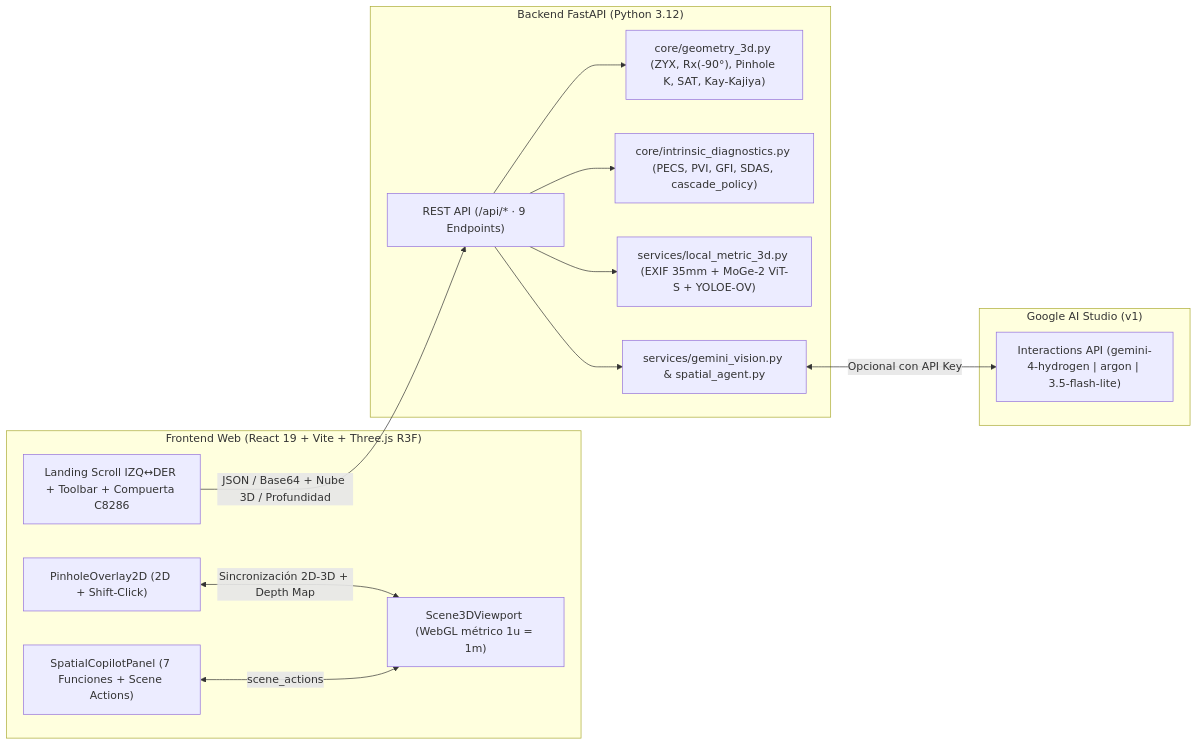
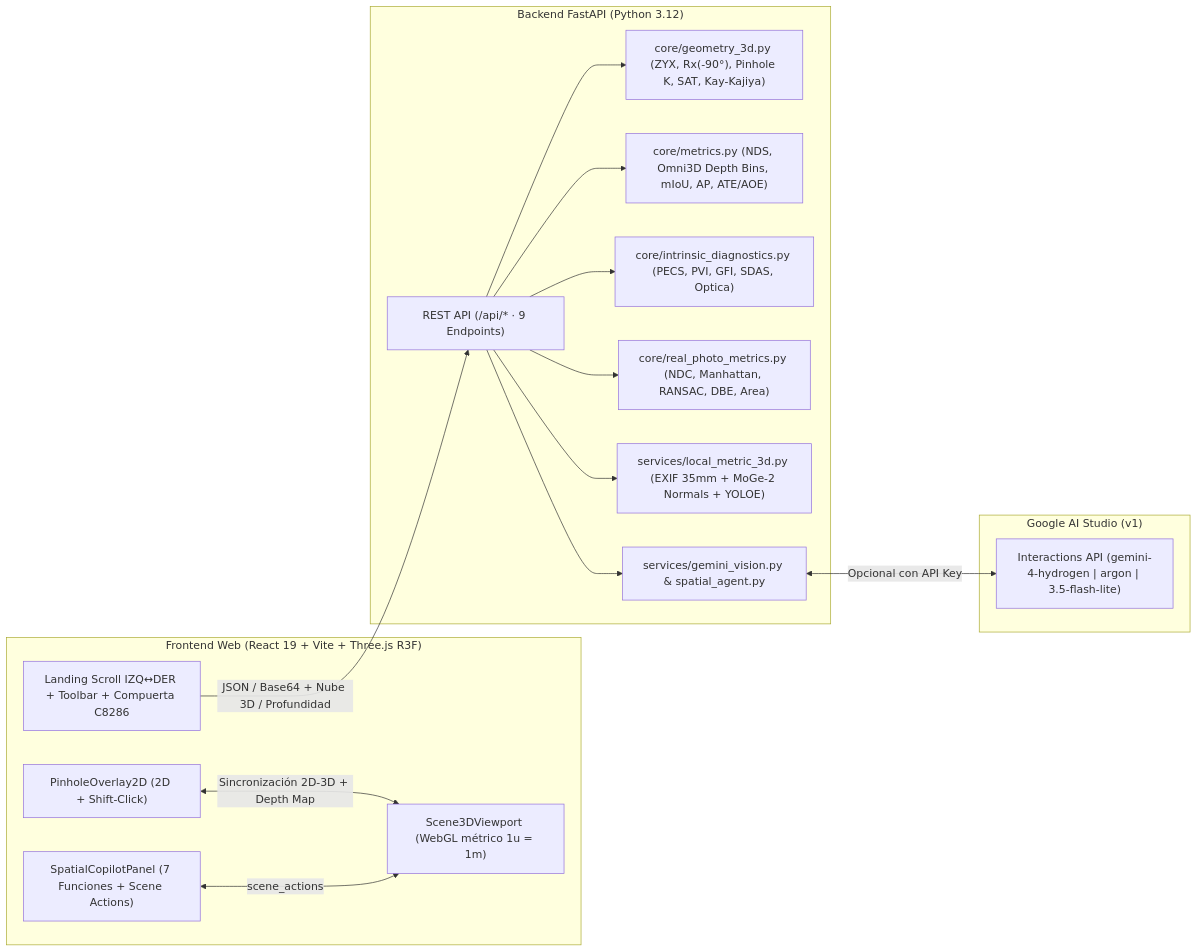
One commit to dariohuerta84/MyLeenTo3 changed the diagram in README.md. Above: the diagram before and after it, drawn with Mermaid. The commit also changed other lines of this file and 21 other files, not shown here.

Commit message:
feat: formal Source Serif 4 typography, bidirectional scroll choreography, spaced particles & real-photo 3D metrology

````diff
--- a/README.md
+++ b/README.md
@@ -111,30 +111,34 @@
 ```mermaid
 flowchart LR
     subgraph Client["Frontend Web (React 19 + Vite + Three.js R3F)"]
         UI["Landing Scroll IZQ↔DER + Toolbar + Compuerta C8286"]
         V2D["PinholeOverlay2D (2D + Shift-Click)"]
         V3D["Scene3DViewport (WebGL métrico 1u = 1m)"]
         COP["SpatialCopilotPanel (7 Funciones + Scene Actions)"]
     end
 
     subgraph Backend["Backend FastAPI (Python 3.12)"]
         API["REST API (/api/* · 9 Endpoints)"]
         GEO["core/geometry_3d.py (ZYX, Rx(-90°), Pinhole K, SAT, Kay-Kajiya)"]
-        DIA["core/intrinsic_diagnostics.py (PECS, PVI, GFI, SDAS, cascade_policy)"]
-        L3D["services/local_metric_3d.py (EXIF 35mm + MoGe-2 ViT-S + YOLOE-OV)"]
+        MTR["core/metrics.py (NDS, Omni3D Depth Bins, mIoU, AP, ATE/AOE)"]
+        DIA["core/intrinsic_diagnostics.py (PECS, PVI, GFI, SDAS, Optica)"]
+        RPM["core/real_photo_metrics.py (NDC, Manhattan, RANSAC, DBE, Area)"]
+        L3D["services/local_metric_3d.py (EXIF 35mm + MoGe-2 Normals + YOLOE)"]
         SVC["services/gemini_vision.py & spatial_agent.py"]
     end
 
     subgraph Cloud["Google AI Studio (v1)"]
         INT["Interactions API (gemini-4-hydrogen | argon | 3.5-flash-lite)"]
     end
 
     UI -->|JSON / Base64 + Nube 3D / Profundidad| API
     V2D <-->|Sincronización 2D-3D + Depth Map| V3D
     COP <-->|scene_actions| V3D
     API --> GEO
+    API --> MTR
     API --> DIA
+    API --> RPM
     API --> L3D
     API --> SVC
     SVC <-->|Opcional con API Key| INT
 ```
````
